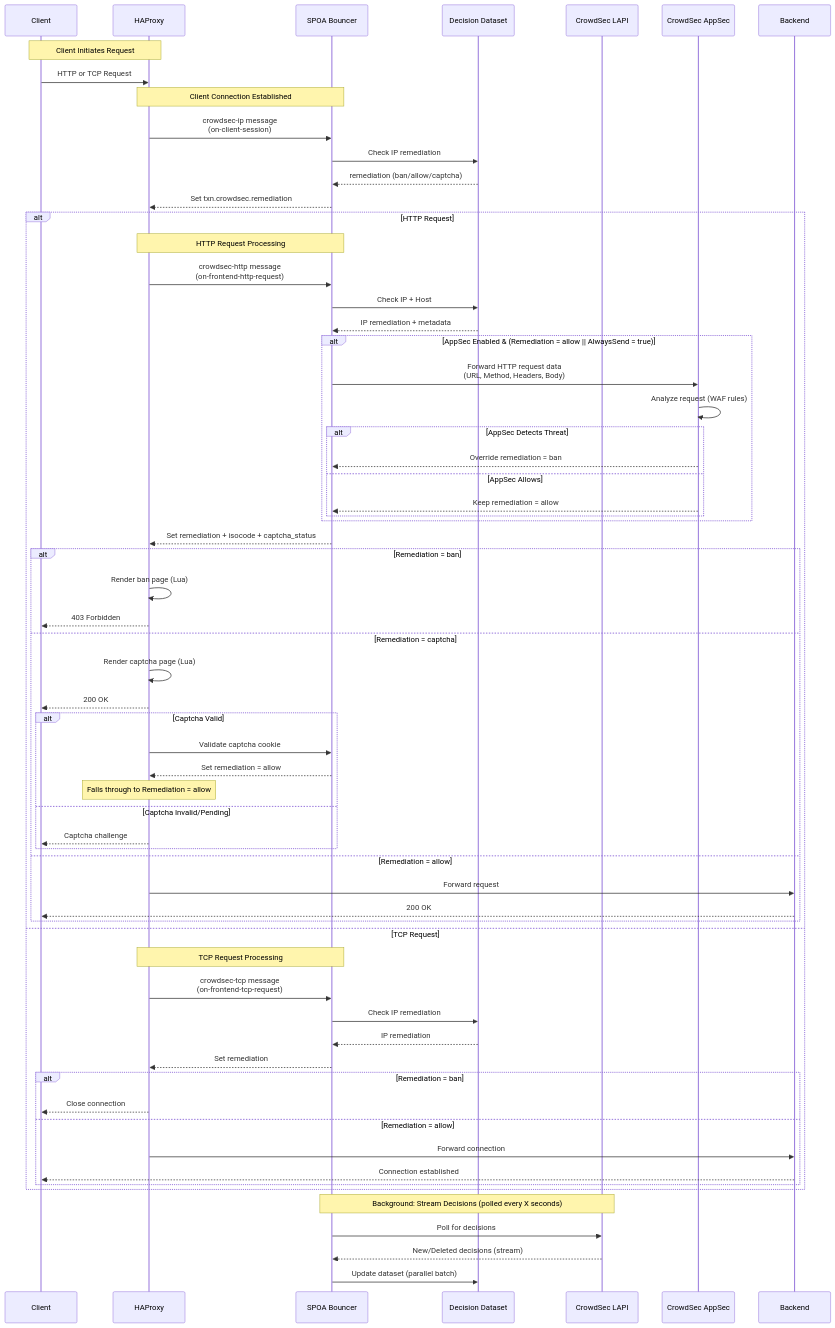
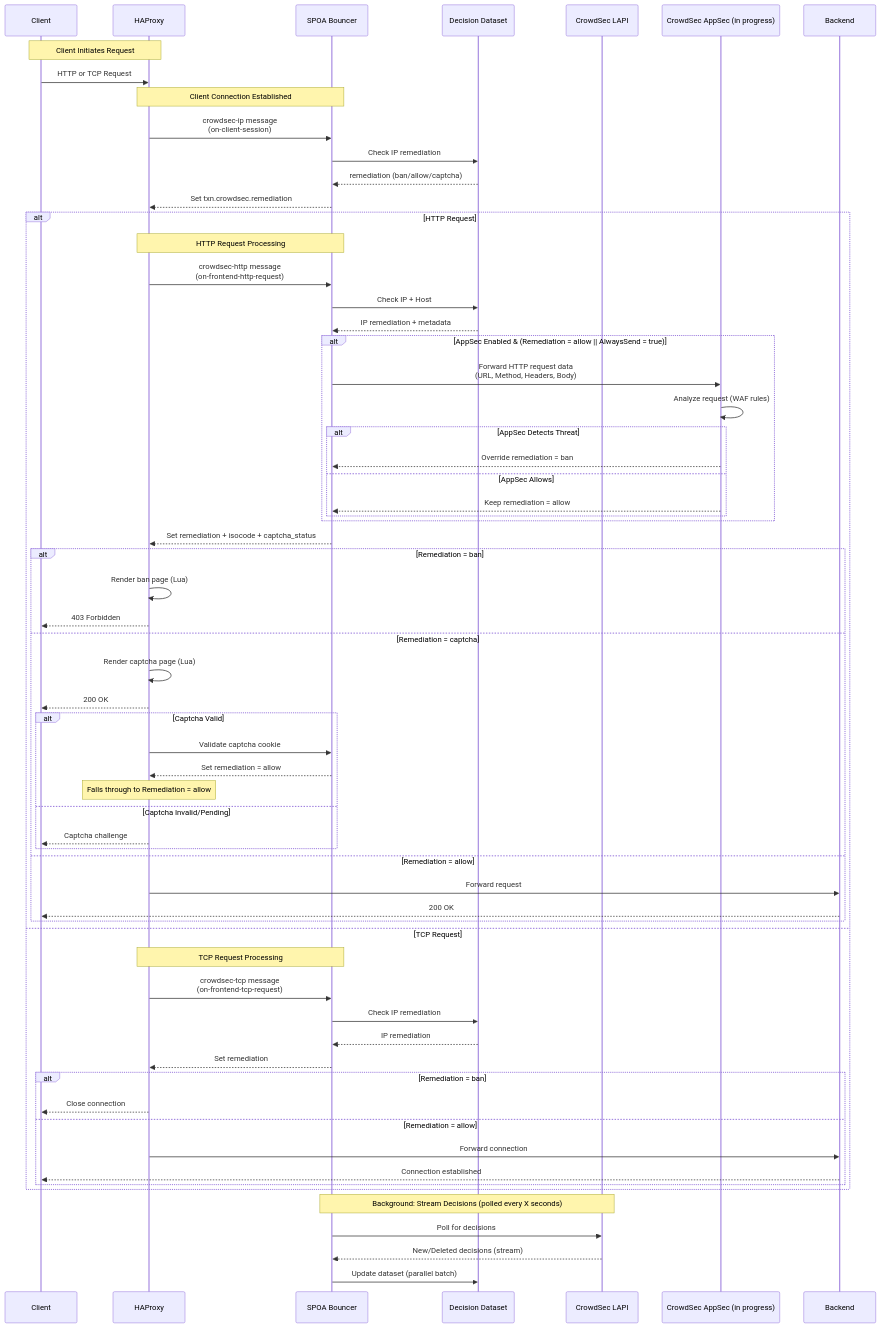
One commit to crowdsecurity/cs-haproxy-spoa-bouncer changed the diagram in README.md. Above: the diagram before and after it, drawn with Mermaid. The commit also changed other lines of this file and 1 other file, not shown here.

First line of the commit message:
Add CrowdSec HAProxy logo to README

````diff
--- a/README.md
+++ b/README.md
@@ -22,74 +33,74 @@
 ```mermaid
 sequenceDiagram
     participant Client
     participant HAProxy
     participant SPOA as SPOA Bouncer
     participant Dataset as Decision Dataset
     participant CrowdSec as CrowdSec LAPI
-    participant AppSec as CrowdSec AppSec
+    participant AppSec as CrowdSec AppSec (in progress)
     participant Backend
 
     Note over Client,HAProxy: Client Initiates Request
     Client->>HAProxy: HTTP or TCP Request
     
     Note over HAProxy,SPOA: Client Connection Established
     HAProxy->>SPOA: crowdsec-ip message<br/>(on-client-session)
     SPOA->>Dataset: Check IP remediation
     Dataset-->>SPOA: remediation (ban/allow/captcha)
     SPOA-->>HAProxy: Set txn.crowdsec.remediation
     
     alt HTTP Request
         Note over HAProxy,SPOA: HTTP Request Processing
         HAProxy->>SPOA: crowdsec-http message<br/>(on-frontend-http-request)
         SPOA->>Dataset: Check IP + Host
         Dataset-->>SPOA: IP remediation + metadata
         
         alt AppSec Enabled & (Remediation = allow || AlwaysSend = true)
             SPOA->>AppSec: Forward HTTP request data<br/>(URL, Method, Headers, Body)
             AppSec->>AppSec: Analyze request (WAF rules)
             alt AppSec Detects Threat
                 AppSec-->>SPOA: Override remediation = ban
             else AppSec Allows
                 AppSec-->>SPOA: Keep remediation = allow
             end
         end
         
         SPOA-->>HAProxy: Set remediation + isocode + captcha_status
         
         alt Remediation = ban
             HAProxy->>HAProxy: Render ban page (Lua)
             HAProxy-->>Client: 403 Forbidden
         else Remediation = captcha
             HAProxy->>HAProxy: Render captcha page (Lua)
             HAProxy-->>Client: 200 OK 
             alt Captcha Valid
                 HAProxy->>SPOA: Validate captcha cookie
                 SPOA-->>HAProxy: Set remediation = allow
                 Note over HAProxy: Falls through to Remediation = allow
             else Captcha Invalid/Pending
                 HAProxy-->>Client: Captcha challenge
             end
         else Remediation = allow
             HAProxy->>Backend: Forward request
             Backend-->>Client: 200 OK
         end
     else TCP Request
         Note over HAProxy,SPOA: TCP Request Processing
         HAProxy->>SPOA: crowdsec-tcp message<br/>(on-frontend-tcp-request)
         SPOA->>Dataset: Check IP remediation
         Dataset-->>SPOA: IP remediation
         SPOA-->>HAProxy: Set remediation
         
         alt Remediation = ban
             HAProxy-->>Client: Close connection
         else Remediation = allow
             HAProxy->>Backend: Forward connection
             Backend-->>Client: Connection established
         end
     end
     
     Note over SPOA,CrowdSec: Background: Stream Decisions (polled every X seconds)
     SPOA->>CrowdSec: Poll for decisions
     CrowdSec-->>SPOA: New/Deleted decisions (stream)
     SPOA->>Dataset: Update dataset (parallel batch)
 ```
````
